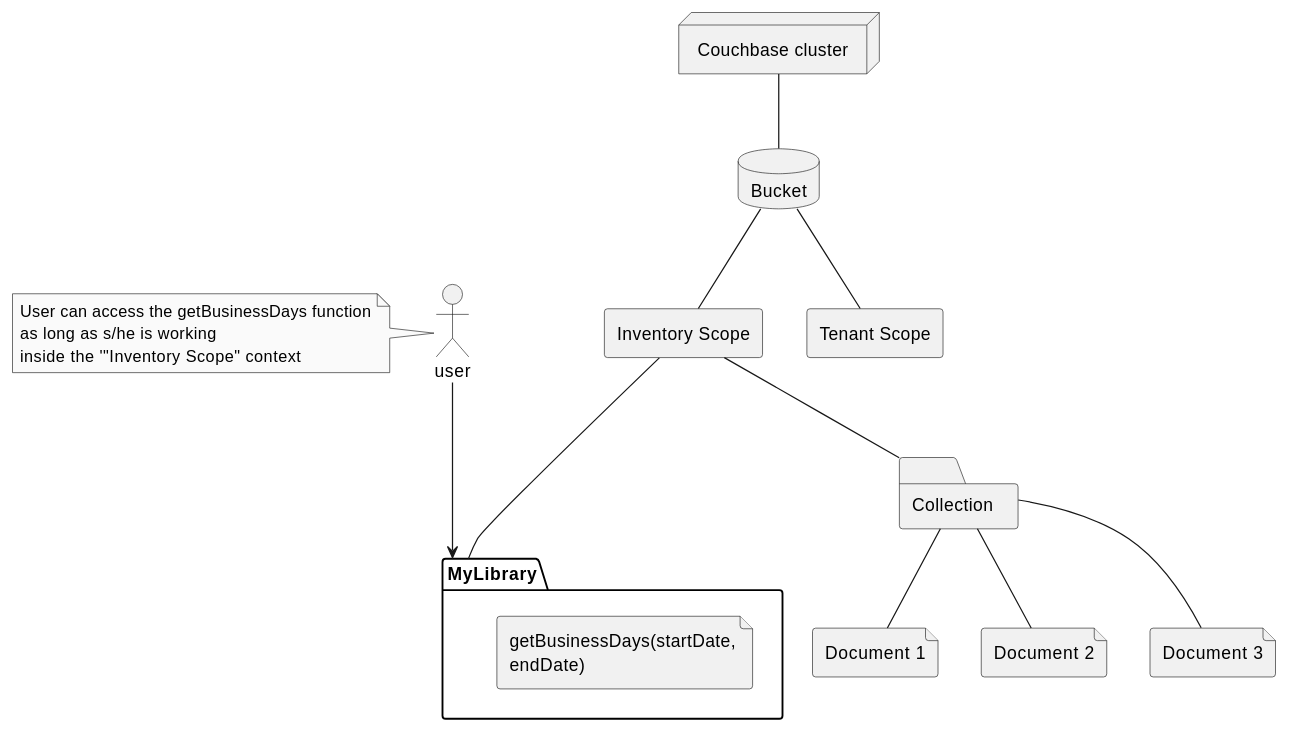
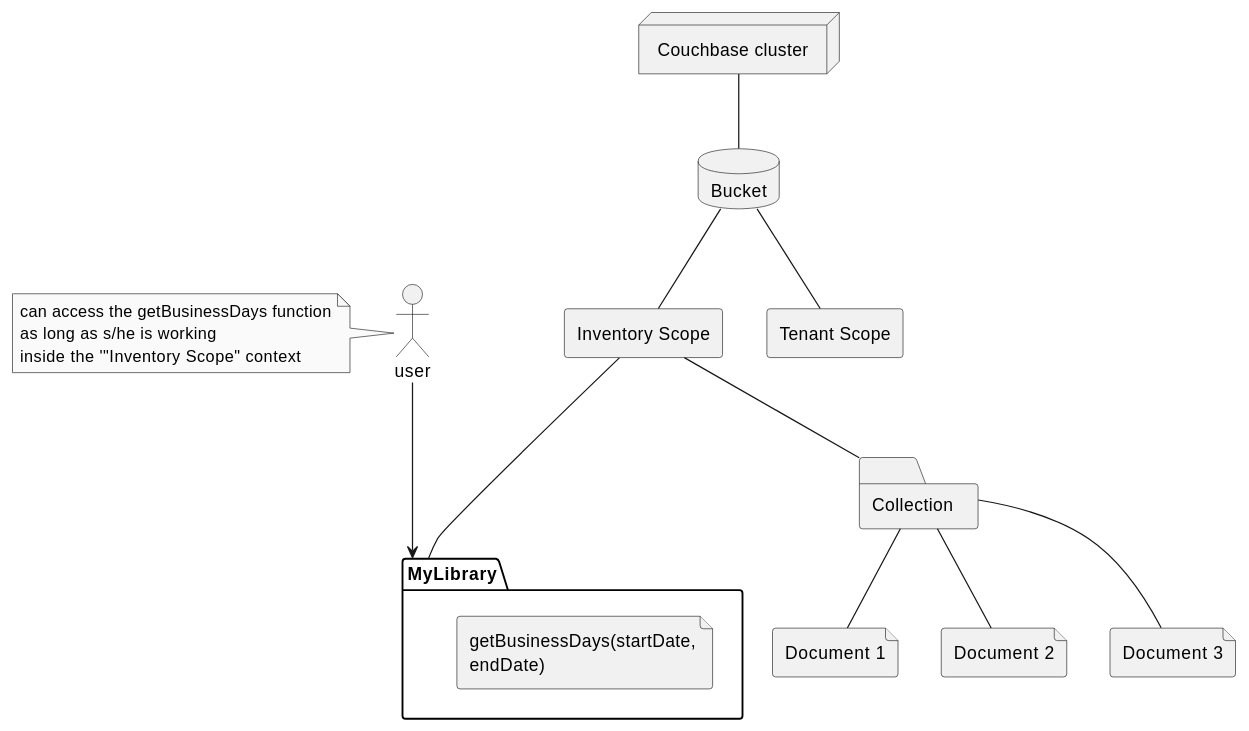
The fifth of 5 diagrams in modules/guides/partials/javascript-udfs/diagrams-plantuml.adoc (couchbase/docs-server), drawn with PlantUML before and after one commit. The commit also changed 8 other files, not shown here.

```diff
--- a/modules/guides/partials/javascript-udfs/diagrams-plantuml.adoc
+++ b/modules/guides/partials/javascript-udfs/diagrams-plantuml.adoc
@@ -92,46 +92,47 @@
 [plantuml]
 ----
 @startuml
 
 skinparam monochrome true
 allow_mixing
 
 package MyLibrary {
    file "getBusinessDays(startDate, \nendDate)" as getBusinessDays
 }
  
 actor "user" as user
 
 node "Couchbase cluster" as cluster
 
 database "Bucket" as bucket
 
 rectangle "Inventory Scope" as inventory
 rectangle "Tenant Scope" as tenant
 
 folder "Collection" as collection
 
 
 file "Document 1" as document1
 file "Document 2" as document2
 file "Document 3" as document3
 
 cluster -- bucket
 bucket -- inventory
 bucket -- tenant
 inventory -- collection
 collection -- document1
 collection -- document2
 collection -- document3
 
 inventory --- MyLibrary
 
 user ---> MyLibrary
 
 note left of user
-  User can access the getBusinessDays function
+  can access the getBusinessDays function
   as long as s/he is working 
   inside the '"Inventory Scope" context
 end note
+
 @enduml
 ----
```
